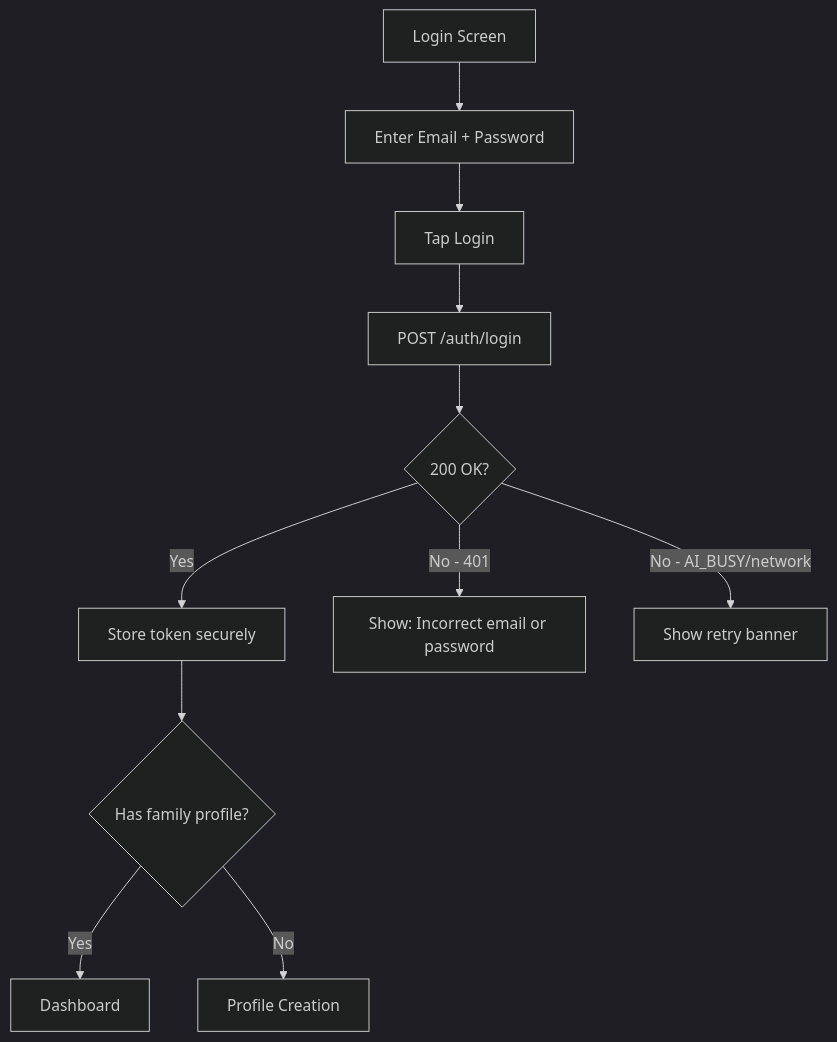
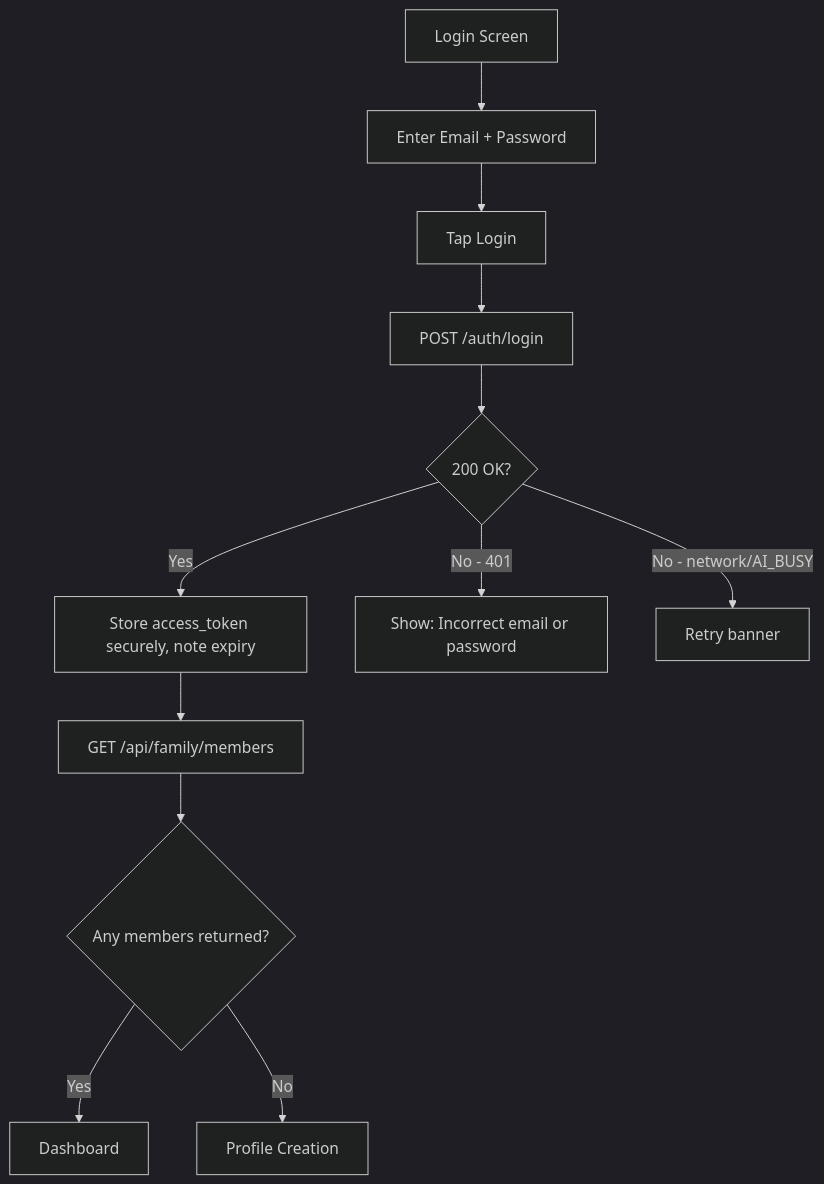
The third of 9 diagrams in docs/frontend-flow-and-business-logic.md (subhi19/nutriwise-ai), drawn with Mermaid (dark theme) before and after one commit. The commit also changed other lines of this file, not shown here.

````diff
--- a/docs/frontend-flow-and-business-logic.md
+++ b/docs/frontend-flow-and-business-logic.md
@@ -105,13 +109,14 @@
 ```mermaid
 flowchart TD
     A[Login Screen] --> B[Enter Email + Password]
     B --> C[Tap Login]
     C --> D[POST /auth/login]
     D --> E{200 OK?}
-    E -->|Yes| F[Store token securely]
-    F --> G{Has family profile?}
-    G -->|Yes| H[Dashboard]
-    G -->|No| I[Profile Creation]
-    E -->|No - 401| J[Show: Incorrect email or password]
-    E -->|No - AI_BUSY/network| K[Show retry banner]
+    E -->|Yes| F[Store access_token securely, note expiry]
+    F --> G[GET /api/family/members]
+    G --> H{Any members returned?}
+    H -->|Yes| I[Dashboard]
+    H -->|No| J[Profile Creation]
+    E -->|No - 401| K[Show: Incorrect email or password]
+    E -->|No - network/AI_BUSY| L[Retry banner]
 ```
````
